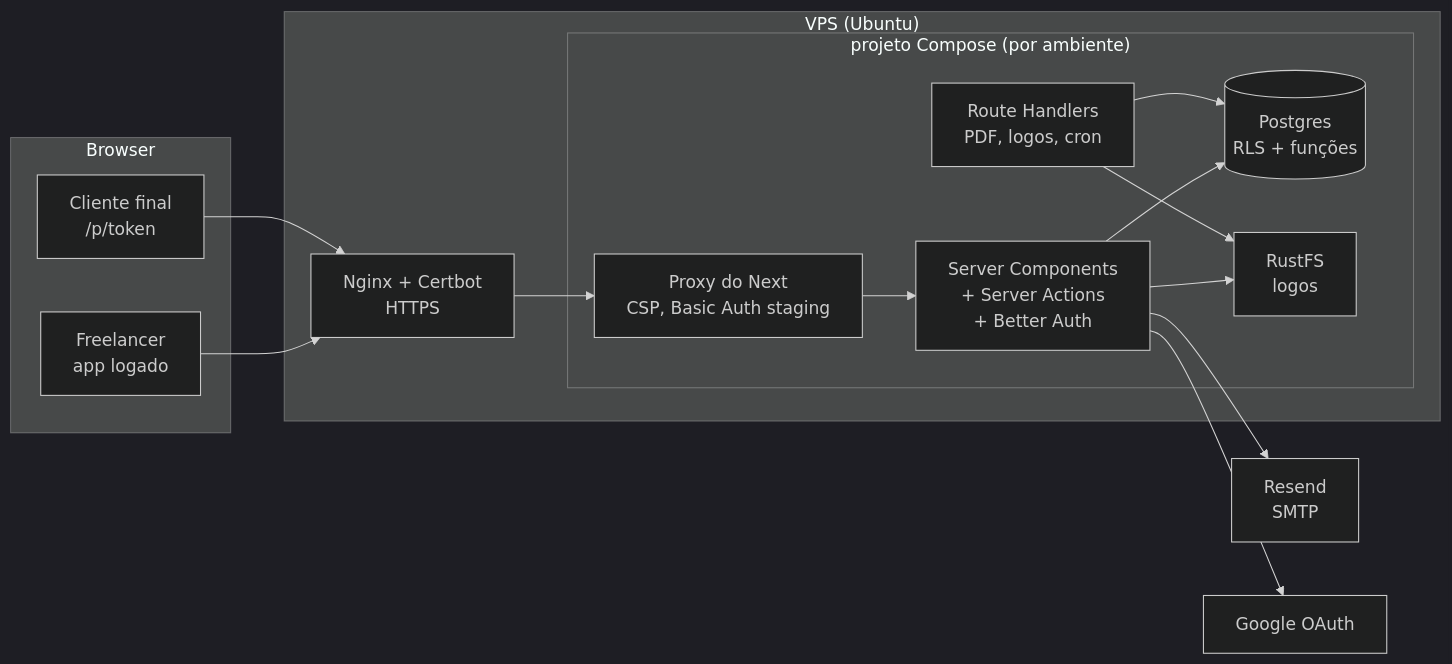
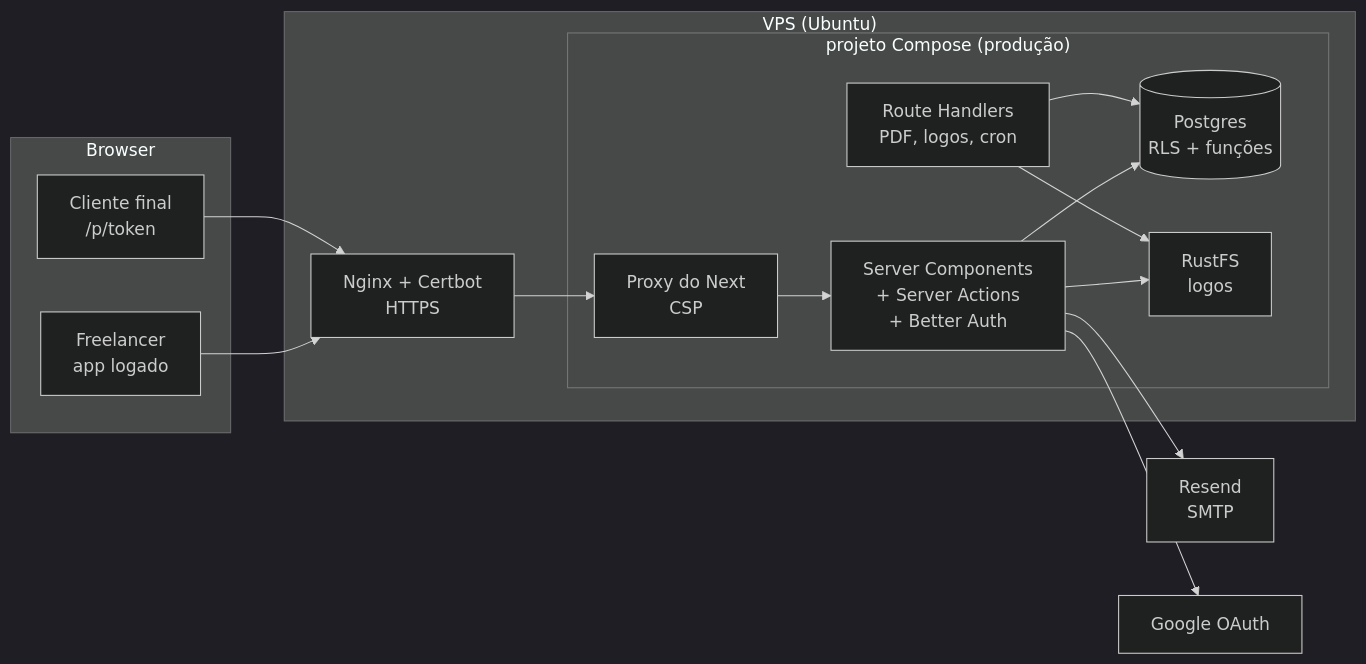
One commit to nbbrdev/orco changed the diagram in docs/04-arquitetura.md. Above: the diagram before and after it, drawn with Mermaid (dark theme). The commit also changed other lines of this file and 48 other files, not shown here.

````diff
--- a/docs/04-arquitetura.md
+++ b/docs/04-arquitetura.md
@@ -37,26 +37,26 @@
 ```mermaid
 flowchart LR
     subgraph Browser
       F[Freelancer<br/>app logado]
       C[Cliente final<br/>/p/token]
     end
     subgraph VPS["VPS (Ubuntu)"]
       NG[Nginx + Certbot<br/>HTTPS]
-      subgraph Compose["projeto Compose (por ambiente)"]
-        MW[Proxy do Next<br/>CSP, Basic Auth staging]
+      subgraph Compose["projeto Compose (produção)"]
+        MW[Proxy do Next<br/>CSP]
         RSC[Server Components<br/>+ Server Actions<br/>+ Better Auth]
         RH[Route Handlers<br/>PDF, logos, cron]
         DB[(Postgres<br/>RLS + funções)]
         ST[RustFS<br/>logos]
       end
     end
     RS[Resend<br/>SMTP]
     G[Google OAuth]
     F --> NG --> MW --> RSC --> DB
     C --> NG
     RSC --> ST
     RSC --> RS
     RSC --> G
     RH --> DB
     RH --> ST
 ```
````
